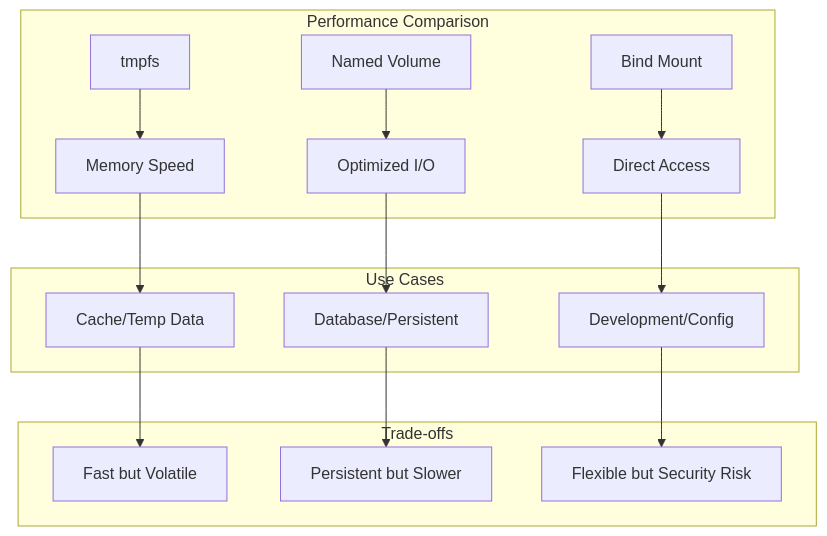
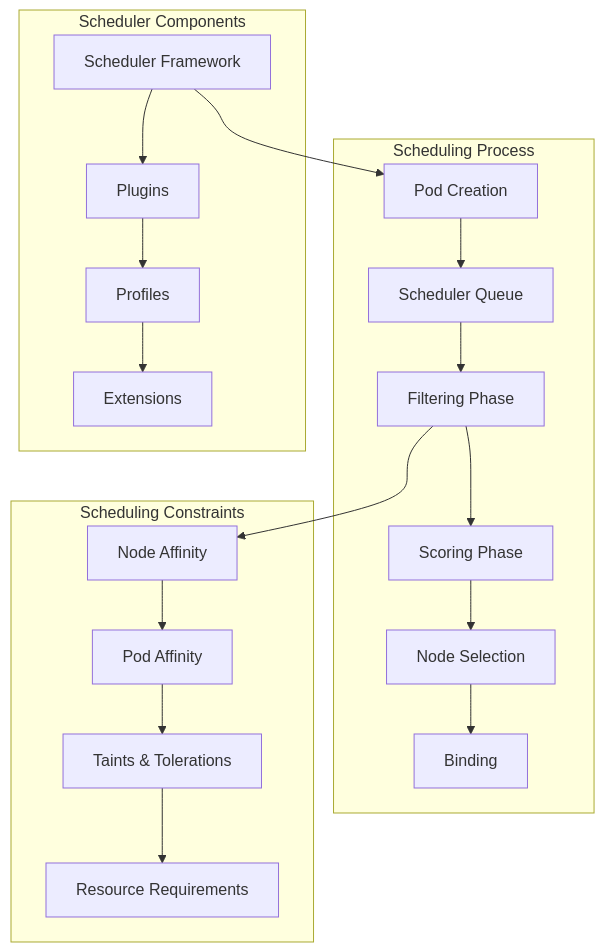
Before and after one commit to niceguy61/kdt_devops_lecture_2025: the first of 2 diagrams in week_02/day_03/session_06.md, drawn with Mermaid. The commit also changed other lines of this file and 41 other files, not shown here.

````diff
--- a/week_02/day_03/session_06.md
+++ b/week_02/day_03/session_06.md
@@ -15,20 +15,25 @@
 ```mermaid
 graph TB
-    subgraph "Performance Comparison"
-        A[tmpfs] --> B[Memory Speed]
-        C[Named Volume] --> D[Optimized I/O]
-        E[Bind Mount] --> F[Direct Access]
+    subgraph "Scheduling Process"
+        A[Pod Creation] --> B[Scheduler Queue]
+        B --> C[Filtering Phase]
+        C --> D[Scoring Phase]
+        D --> E[Node Selection]
+        E --> F[Binding]
     end
     
-    subgraph "Use Cases"
-        B --> G[Cache/Temp Data]
-        D --> H[Database/Persistent]
-        F --> I[Development/Config]
+    subgraph "Scheduler Components"
+        G[Scheduler Framework] --> H[Plugins]
+        H --> I[Profiles]
+        I --> J[Extensions]
     end
     
-    subgraph "Trade-offs"
-        G --> J[Fast but Volatile]
-        H --> K[Persistent but Slower]
-        I --> L[Flexible but Security Risk]
+    subgraph "Scheduling Constraints"
+        K[Node Affinity] --> L[Pod Affinity]
+        L --> M[Taints & Tolerations]
+        M --> N[Resource Requirements]
     end
+    
+    C --> K
+    G --> A
 ```
````
